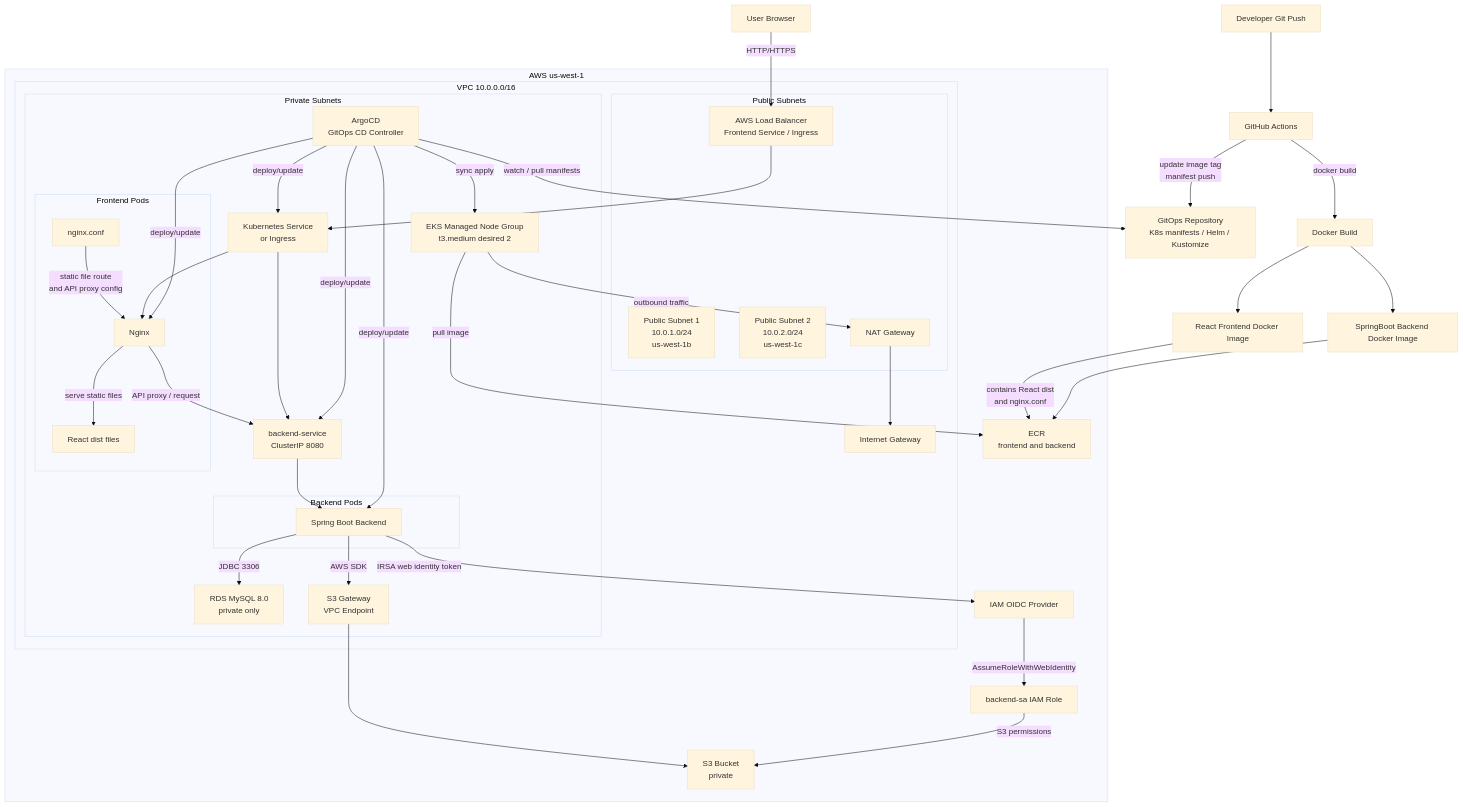
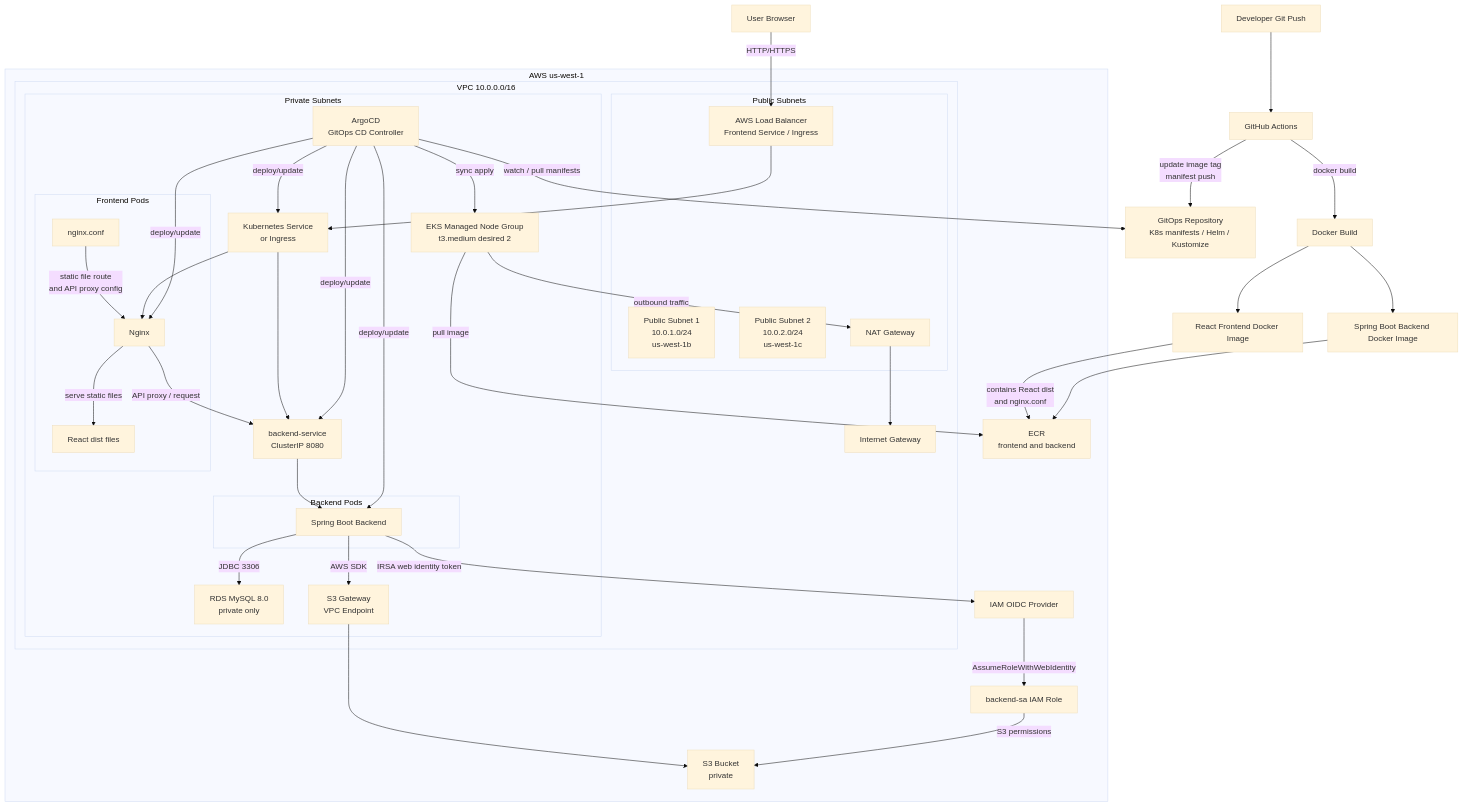
The first of 4 diagrams in README.md (mmije0ng/Rookies_Terraform-k8s-BE), drawn with Mermaid (base theme) before and after one commit. The commit also changed other lines of this file, not shown here.

Commit message:
docs: reorganize README architecture guide
- Restructured README flow from overview to architecture, deployment, and operations

- Cleaned up AWS, subnet, frontend, backend, and communication flow sections

- Simplified Mermaid diagrams and removed redundant architecture descriptions

- Clarified GitHub Actions deployment, environment variables, and Secrets guidance

````diff
--- a/README.md
+++ b/README.md
@@ -75,129 +27,76 @@
 ```mermaid
 flowchart TB
-    users["User Browser"]
+  users["User Browser"]
+  dev["Developer Git Push"]
+  gh["GitHub Actions"]
+  repo["GitOps Repository<br/>K8s manifests / Helm / Kustomize"]
 
-    dev["Developer Git Push"]
-    gh["GitHub Actions"]
-    repo["GitOps Repository<br/>K8s manifests / Helm / Kustomize"]
+  subgraph aws["AWS us-west-1"]
+    subgraph vpc["VPC 10.0.0.0/16"]
+      igw["Internet Gateway"]
 
-    subgraph aws["AWS us-west-1"]
+      subgraph publicSubnets["Public Subnets"]
+        pub1["Public Subnet 1<br/>10.0.1.0/24<br/>us-west-1b"]
+        pub2["Public Subnet 2<br/>10.0.2.0/24<br/>us-west-1c"]
+        nat["NAT Gateway"]
+        lb["AWS Load Balancer<br/>Frontend Service / Ingress"]
+      end
 
-        subgraph vpc["VPC 10.0.0.0/16"]
+      subgraph privateSubnets["Private Subnets"]
+        nodes["EKS Managed Node Group<br/>t3.medium desired 2"]
+        argocd["ArgoCD<br/>GitOps CD Controller"]
+        svc["Kubernetes Service<br/>or Ingress"]
+        besvc["backend-service<br/>ClusterIP 8080"]
 
-            igw["Internet Gateway"]
-
-            subgraph publicSubnets["Public Subnets"]
-
-                pub1["Public Subnet 1<br/>10.0.1.0/24<br/>us-west-1b"]
-
-                pub2["Public Subnet 2<br/>10.0.2.0/24<br/>us-west-1c"]
-
-                nat["NAT Gateway"]
-
-                lb["AWS Load Balancer<br/>Frontend Service / Ingress"]
-
-            end
-
-            subgraph privateSubnets["Private Subnets"]
-
-                nodes["EKS Managed Node Group<br/>t3.medium desired 2"]
-
-                argocd["ArgoCD<br/>GitOps CD Controller"]
-
-                svc["Kubernetes Service<br/>or Ingress"]
-
-                besvc["backend-service<br/>ClusterIP 8080"]
-
-                subgraph frontendPod["Frontend Pods"]
-
-                    nginx["Nginx"]
-
-                    dist["React dist files"]
-
-                    nginxConf["nginx.conf"]
-
-                    nginx -->|"serve static files"| dist
-
-                    nginxConf -->|"static file route<br/>and API proxy config"| nginx
-
-                end
-
-                subgraph backendPod["Backend Pods"]
-
-                    backend["Spring Boot Backend"]
-
-                end
-
-                rds["RDS MySQL 8.0<br/>private only"]
-
-                s3vpce["S3 Gateway<br/>VPC Endpoint"]
-
-            end
+        subgraph frontendPod["Frontend Pods"]
+          nginx["Nginx"]
+          dist["React dist files"]
+          nginxConf["nginx.conf"]
+          nginx -->|"serve static files"| dist
+          nginxConf -->|"static file route<br/>and API proxy config"| nginx
         end
 
-        ecr["ECR<br/>frontend and backend"]
+        subgraph backendPod["Backend Pods"]
+          backend["Spring Boot Backend"]
+        end
 
-        s3["S3 Bucket<br/>private"]
-
-        oidc["IAM OIDC Provider"]
-
-        role["backend-sa IAM Role"]
-
+        rds["RDS MySQL 8.0<br/>private only"]
+        s3vpce["S3 Gateway<br/>VPC Endpoint"]
+      end
     end
 
-    users -->|"HTTP/HTTPS"| lb
+    ecr["ECR<br/>frontend and backend"]
+    s3["S3 Bucket<br/>private"]
+    oidc["IAM OIDC Provider"]
+    role["backend-sa IAM Role"]
+  end
 
-    lb --> svc
-
-    svc --> nginx
-
-    svc --> besvc
-
-    nginx -->|"API proxy / request"| besvc
-
-    besvc --> backend
-
-    backend -->|"JDBC 3306"| rds
-
-    backend -->|"AWS SDK"| s3vpce
-
-    s3vpce --> s3
-
-    backend -->|"IRSA web identity token"| oidc
-
-    oidc -->|"AssumeRoleWithWebIdentity"| role
-
-    role -->|"S3 permissions"| s3
-
-    dev --> gh
-
-    gh -->|"docker build"| build["Docker Build"]
-
-    build --> frontendImage["React Frontend Docker Image"]
-
-    build --> backendImage["SpringBoot Backend Docker Image"]
-
-    frontendImage -->|"contains React dist<br/>and nginx.conf"| ecr
-
-    backendImage --> ecr
-
-    gh -->|"update image tag<br/>manifest push"| repo
-
-    argocd -->|"watch / pull manifests"| repo
-
-    argocd -->|"sync apply"| nodes
-
-    argocd -->|"deploy/update"| svc
-
-    argocd -->|"deploy/update"| nginx
-
-    argocd -->|"deploy/update"| backend
-
-    argocd -->|"deploy/update"| besvc
-
-    nodes -->|"pull image"| ecr
-
-    nodes -->|"outbound traffic"| nat
-
-    nat --> igw
+  users -->|"HTTP/HTTPS"| lb
+  lb --> svc
+  svc --> nginx
+  svc --> besvc
+  nginx -->|"API proxy / request"| besvc
+  besvc --> backend
+  backend -->|"JDBC 3306"| rds
+  backend -->|"AWS SDK"| s3vpce
+  s3vpce --> s3
+  backend -->|"IRSA web identity token"| oidc
+  oidc -->|"AssumeRoleWithWebIdentity"| role
+  role -->|"S3 permissions"| s3
+  dev --> gh
+  gh -->|"docker build"| build["Docker Build"]
+  build --> frontendImage["React Frontend Docker Image"]
+  build --> backendImage["Spring Boot Backend Docker Image"]
+  frontendImage -->|"contains React dist<br/>and nginx.conf"| ecr
+  backendImage --> ecr
+  gh -->|"update image tag<br/>manifest push"| repo
+  argocd -->|"watch / pull manifests"| repo
+  argocd -->|"sync apply"| nodes
+  argocd -->|"deploy/update"| svc
+  argocd -->|"deploy/update"| nginx
+  argocd -->|"deploy/update"| backend
+  argocd -->|"deploy/update"| besvc
+  nodes -->|"pull image"| ecr
+  nodes -->|"outbound traffic"| nat
+  nat --> igw
 ```
````
